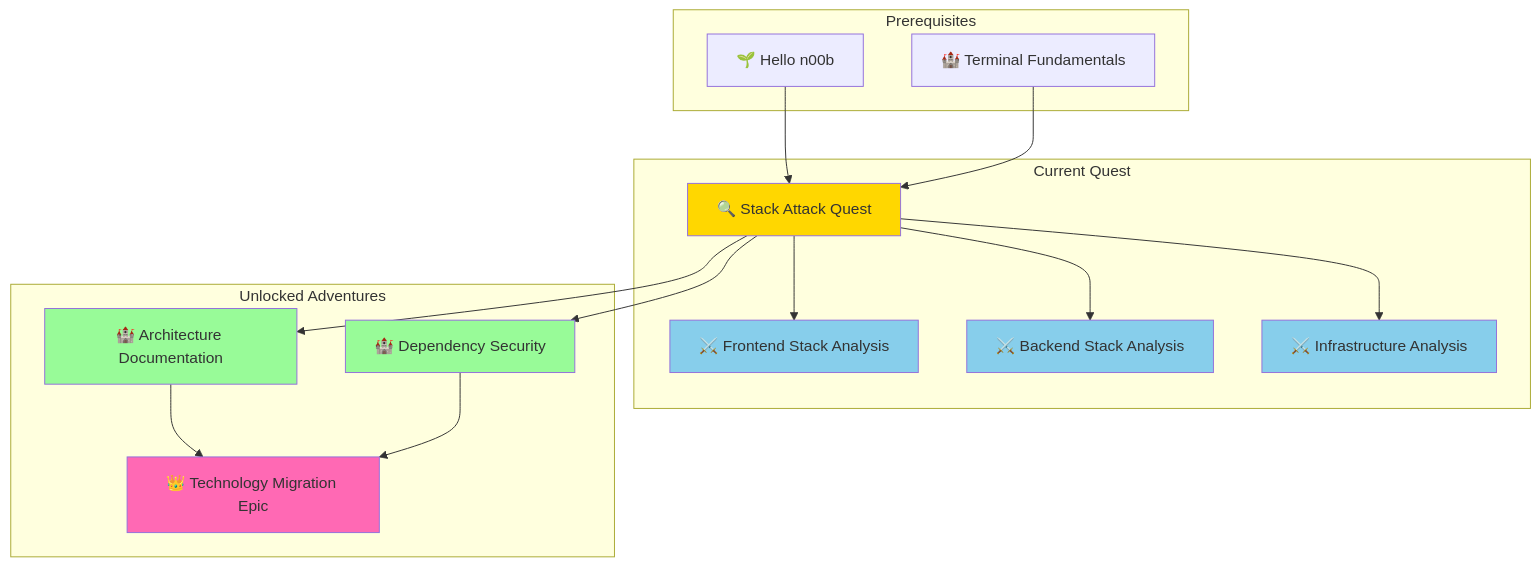
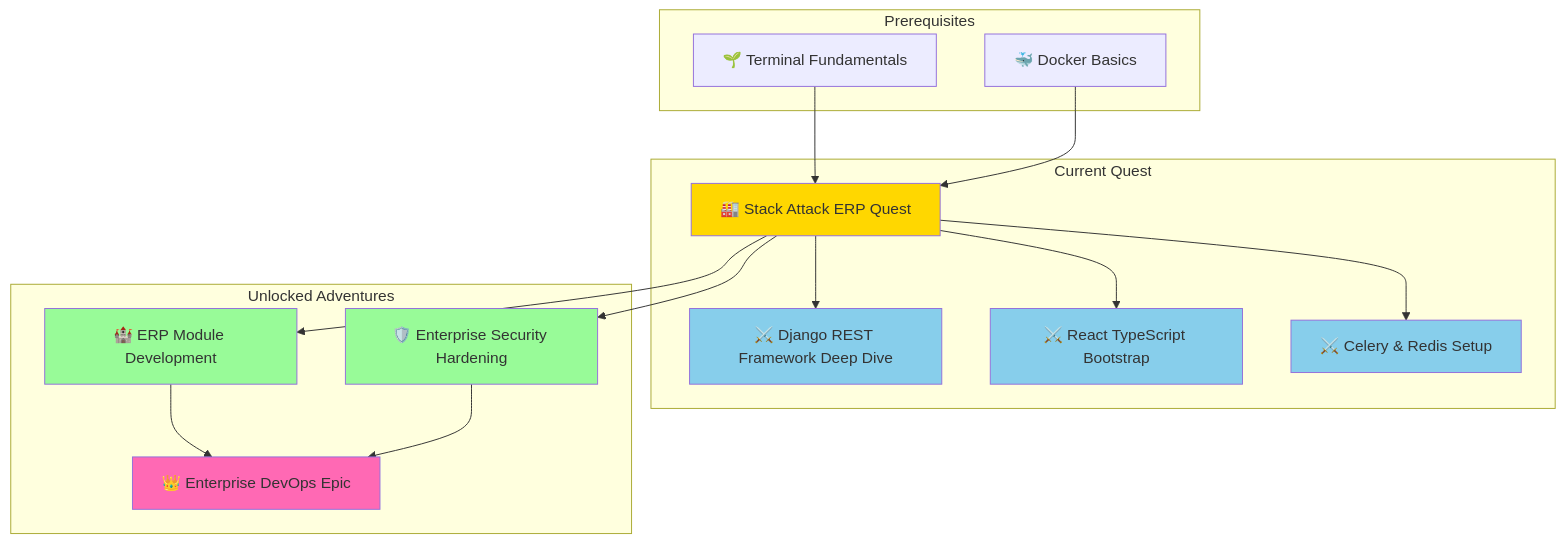
One commit to bamr87/it-journey changed the first of 2 diagrams in pages/_quests/0001/stack-attack.md. Above: the diagram before and after it, drawn with Mermaid. The commit also changed other lines of this file, not shown here.

First line of the commit message:
feat(quests): rewrite Stack Attack quest for enterprise Django + React ERP with AI agents

````diff
--- a/pages/_quests/0001/stack-attack.md
+++ b/pages/_quests/0001/stack-attack.md
@@ -164,38 +204,38 @@
 ```mermaid
 graph TB
     subgraph "Prerequisites"
-        Hello[🌱 Hello n00b]
-        Terminal[🏰 Terminal Fundamentals]
+        Hello[🌱 Terminal Fundamentals]
+        Docker[🐳 Docker Basics]
     end
-    
+
     subgraph "Current Quest"
-        Main[🔍 Stack Attack Quest]
-        Side1[⚔️ Frontend Stack Analysis]
-        Side2[⚔️ Backend Stack Analysis]
-        Side3[⚔️ Infrastructure Analysis]
+        Main[🏭 Stack Attack ERP Quest]
+        Side1[⚔️ Django REST Framework Deep Dive]
+        Side2[⚔️ React TypeScript Bootstrap]
+        Side3[⚔️ Celery & Redis Setup]
     end
-    
+
     subgraph "Unlocked Adventures"
-        Arch[🏰 Architecture Documentation]
-        Dep[🏰 Dependency Security]
-        Migration[👑 Technology Migration Epic]
+        Mod[🏰 ERP Module Development]
+        Sec[🛡️ Enterprise Security Hardening]
+        DevOps[👑 Enterprise DevOps Epic]
     end
-    
+
     Hello --> Main
-    Terminal --> Main
+    Docker --> Main
     Main --> Side1
     Main --> Side2
     Main --> Side3
-    Main --> Arch
-    Main --> Dep
-    Arch --> Migration
-    Dep --> Migration
-    
+    Main --> Mod
+    Main --> Sec
+    Mod --> DevOps
+    Sec --> DevOps
+
     style Main fill:#ffd700
     style Side1 fill:#87ceeb
     style Side2 fill:#87ceeb
     style Side3 fill:#87ceeb
-    style Arch fill:#98fb98
-    style Dep fill:#98fb98
-    style Migration fill:#ff69b4
+    style Mod fill:#98fb98
+    style Sec fill:#98fb98
+    style DevOps fill:#ff69b4
 ```
````
